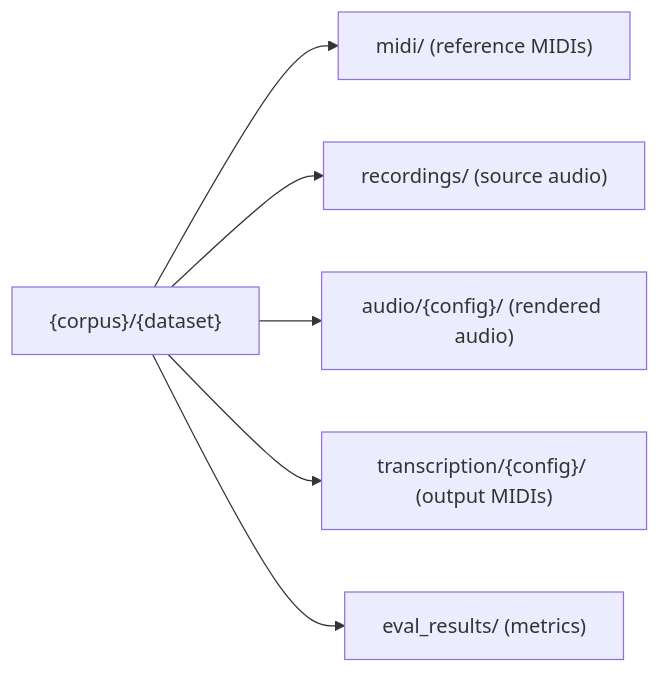
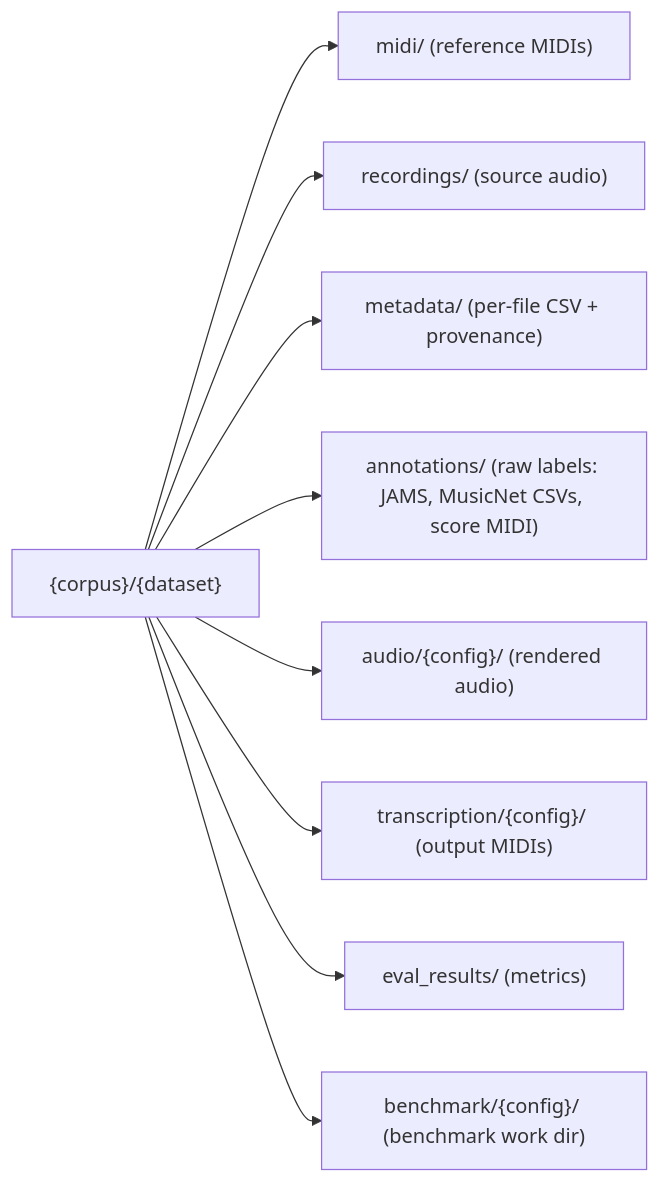
Before and after one commit to dadmaan/sonitra: the fifth of 10 diagrams in ARCHITECTURE.md, drawn with Mermaid. The commit also changed other lines of this file, not shown here.

Commit message:
docs: Update ARCHITECTURE

````diff
--- a/ARCHITECTURE.md
+++ b/ARCHITECTURE.md
@@ -113,10 +126,13 @@
 ```mermaid
 flowchart LR
     root["{corpus}/{dataset}"]
     midi["midi/ (reference MIDIs)"]
     recordings["recordings/ (source audio)"]
+    meta["metadata/ (per-file CSV + provenance)"]
+    ann["annotations/ (raw labels: JAMS, MusicNet CSVs, score MIDI)"]
     audio["audio/{config}/ (rendered audio)"]
     tx["transcription/{config}/ (output MIDIs)"]
     ev["eval_results/ (metrics)"]
-    root --> midi & recordings & audio & tx & ev
+    bm["benchmark/{config}/ (benchmark work dir)"]
+    root --> midi & recordings & meta & ann & audio & tx & ev & bm
 ```
````
